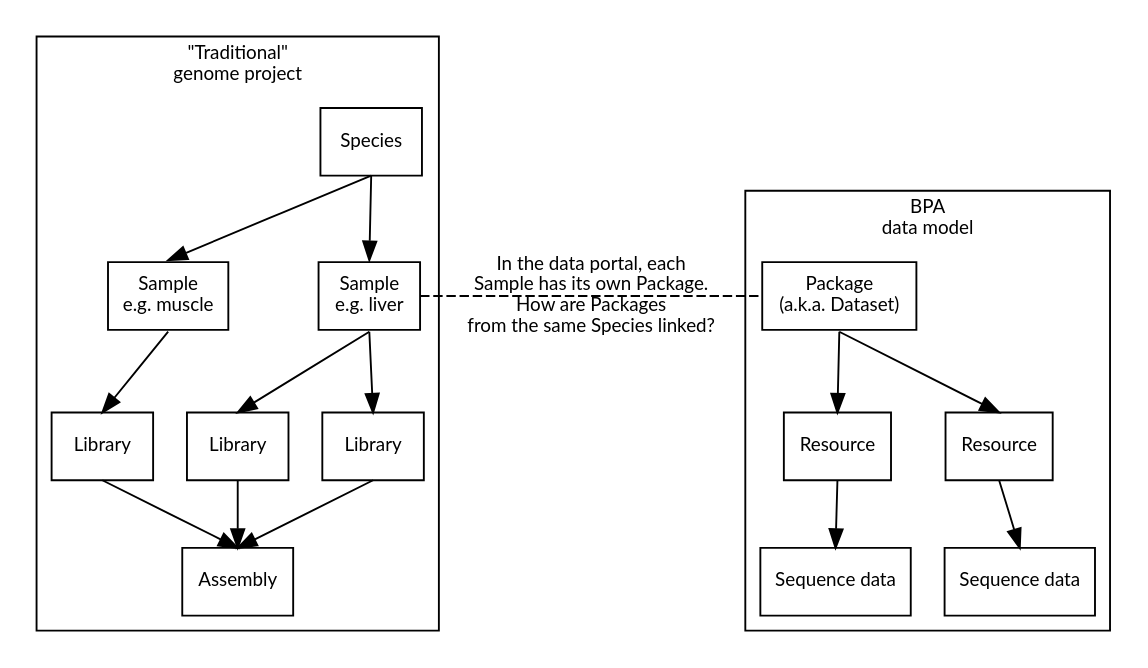
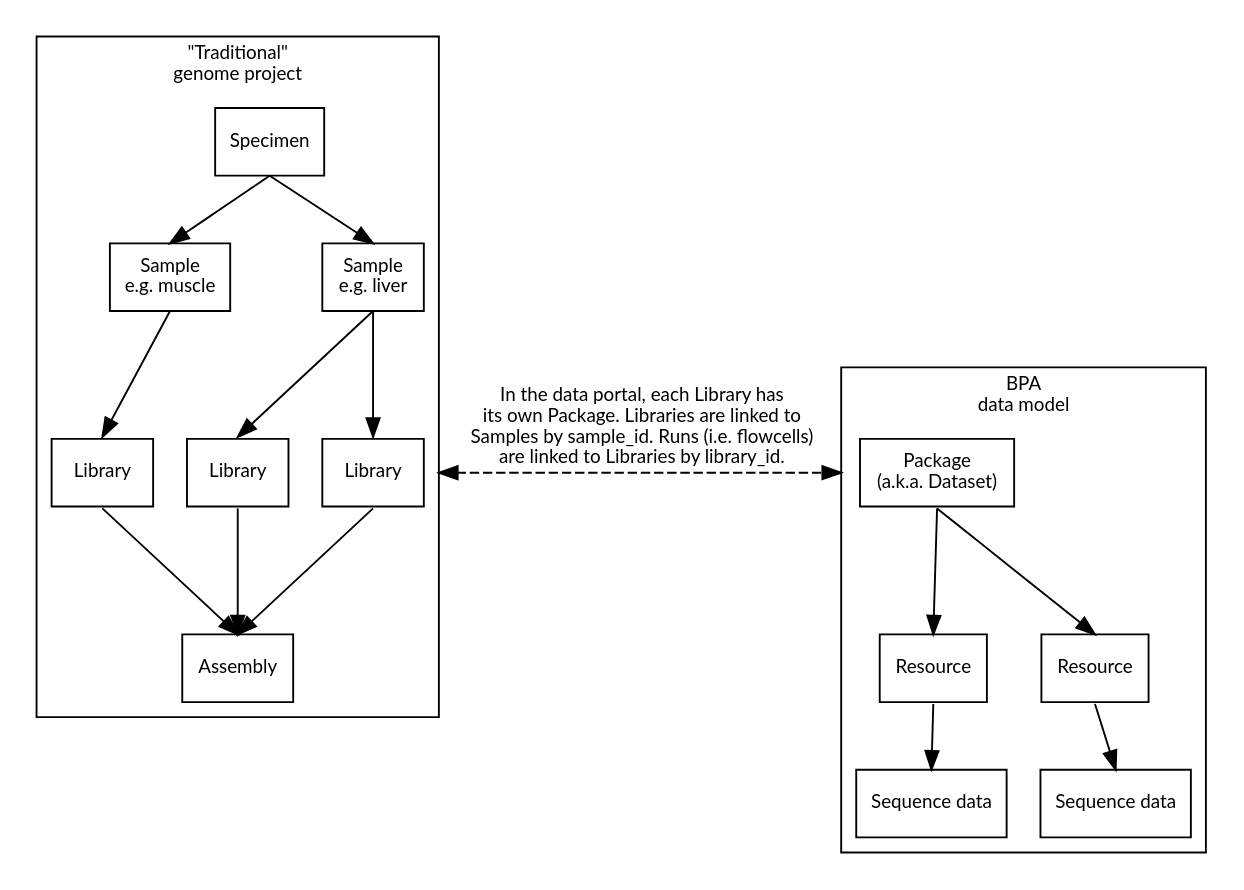
One commit to TomHarrop/bpa_dataportal_downloads changed the diagram in figures/bpa_data_model.dot. Above: the diagram before and after it, drawn with Graphviz. The commit also changed 2 other files, not shown here.

```diff
--- a/figures/bpa_data_model.dot
+++ b/figures/bpa_data_model.dot
@@ -1,56 +1,62 @@
 digraph {
     fontname = "lato";
     fontsize= "10";
     bgcolor = "white";
     // margin = 0;
     compound = true;
     splines = false;
     // This attribute applies to the graph itself
     // size = "1,1";
     node [fontname = "lato"; shape="rect", fontsize= "10"];
 
-    point1 [label="In the data portal, each\nSample has its own Package.\nHow are Packages\nfrom the same Species linked?", color=transparent]
+    point1 [label="In the data portal, each Library has\nits own Package. Libraries are linked to\nSamples by sample_id. Runs (i.e. flowcells)\nare linked to Libraries by library_id.\n\n\n\n\n", color=transparent]
 
     subgraph cluster_rp {
         label = "\"Traditional\"\ngenome project";
         
-        Species;
+        Species [label="Specimen"];
         s1[label="Sample\ne.g. muscle"];
         s2[label="Sample\ne.g. liver"]
         l1[label="Library"];
         l2[label="Library"];
         l3[label="Library"];
         a1[label="Assembly"];
 
         {
             rank=same;
             l1;l2;l3;
         }
 
     }
 
     subgraph cluster_bpa {
         label = "BPA\ndata model";
         Package [label="Package\n(a.k.a. Dataset)"];
         r1 [label="Resource"];
         r2 [label="Resource"];
         d1 [label="Sequence data"];
         d2 [label="Sequence data"];
 
     }
 
     Package:s -> r1:n, r2:n;
     r1:s -> d1:n;
     r2:s -> d2:n;
 
     Species:s -> s1:n, s2:n;
     s1:s -> l1:n;
     s2:s -> l2:n, l3:n;
     l1:s, l2:s, l3:s -> a1:n;
 
-    Species -> Package  [constraint=true, style=invis];
-    Species -> point1 [constraint=true, style=invis];
+    s2 -> Package  [constraint=true, style=invis];
+    s2 -> point1 [constraint=true, style=invis];
     
-    s2:e -> Package:w [constraint=false, style=dashed, arrowhead=none];
+    l3:e -> Package:w [
+        constraint=false,
+        style=dashed,
+        dir=both,
+        ltail=cluster_rp,
+        lhead=cluster_bpa,
+        ];
 
 }
```
